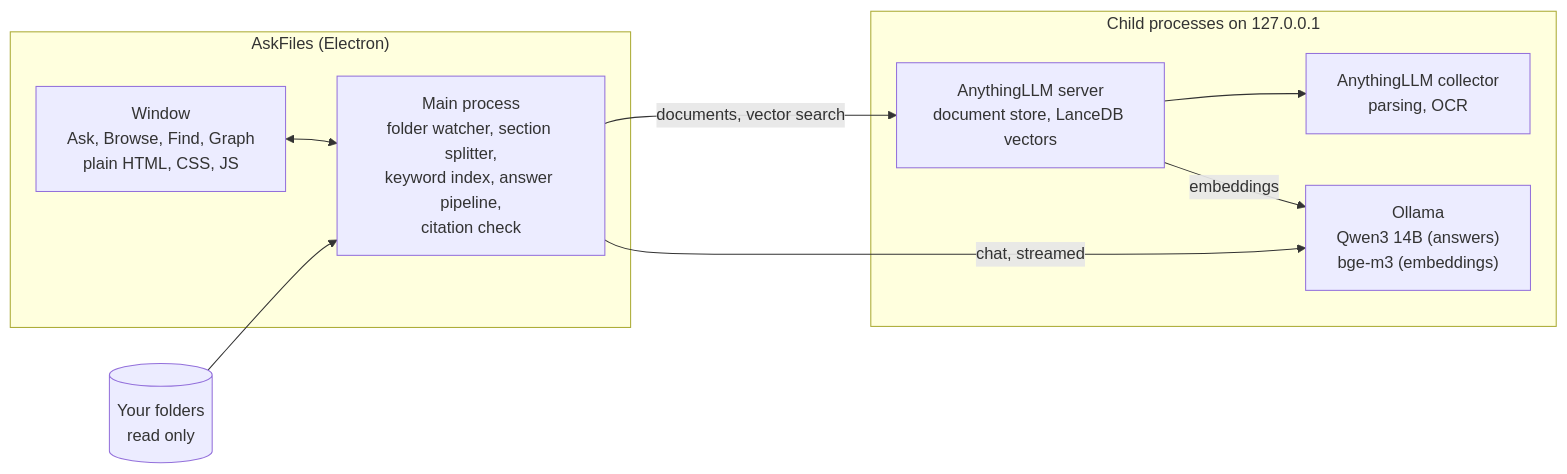
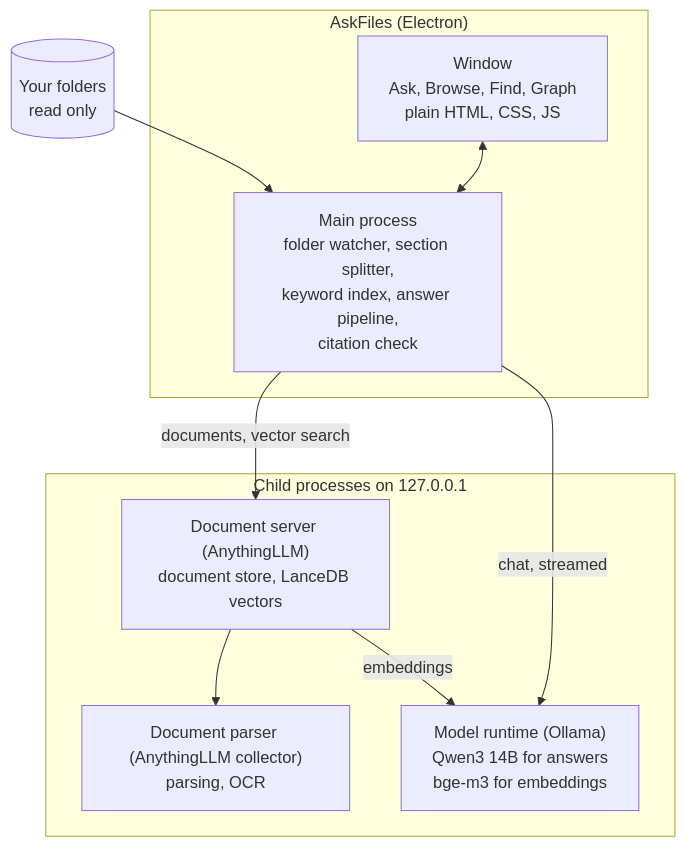
Before and after one commit to yuan-phd/askfiles: the diagram in README.md, drawn with Mermaid.

Commit message:
README diagram: role first, name after; top-to-bottom layout so no box sits under GitHub's zoom controls

````diff
--- a/README.md
+++ b/README.md
@@ -50,19 +50,19 @@
 ```mermaid
-flowchart LR
+flowchart TB
   subgraph App["AskFiles (Electron)"]
     UI["Window<br/>Ask, Browse, Find, Graph<br/>plain HTML, CSS, JS"]
     Main["Main process<br/>folder watcher, section splitter,<br/>keyword index, answer pipeline,<br/>citation check"]
   end
   subgraph Local["Child processes on 127.0.0.1"]
-    Server["AnythingLLM server<br/>document store, LanceDB vectors"]
-    Collector["AnythingLLM collector<br/>parsing, OCR"]
-    Ollama["Ollama<br/>Qwen3 14B (answers)<br/>bge-m3 (embeddings)"]
+    Server["Document server (AnythingLLM)<br/>document store, LanceDB vectors"]
+    Collector["Document parser (AnythingLLM collector)<br/>parsing, OCR"]
+    Ollama["Model runtime (Ollama)<br/>Qwen3 14B for answers<br/>bge-m3 for embeddings"]
   end
   Files[("Your folders<br/>read only")]
+  Files --> Main
   UI <--> Main
-  Files --> Main
   Main -- "documents, vector search" --> Server
   Server --> Collector
   Server -- embeddings --> Ollama
   Main -- "chat, streamed" --> Ollama
 ```
````
